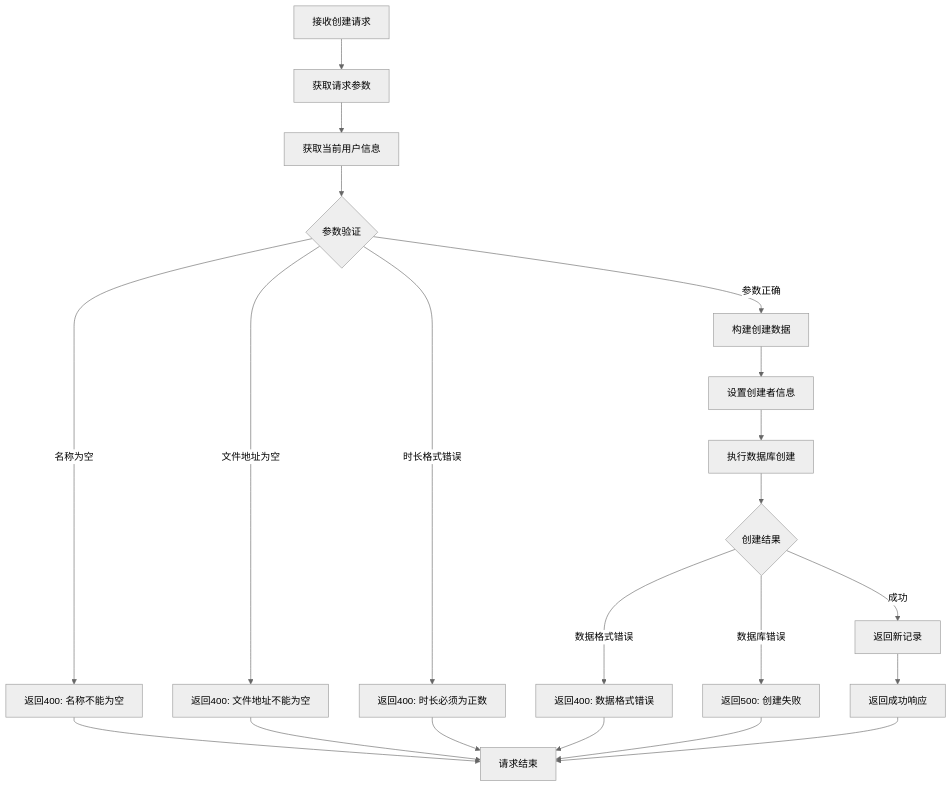
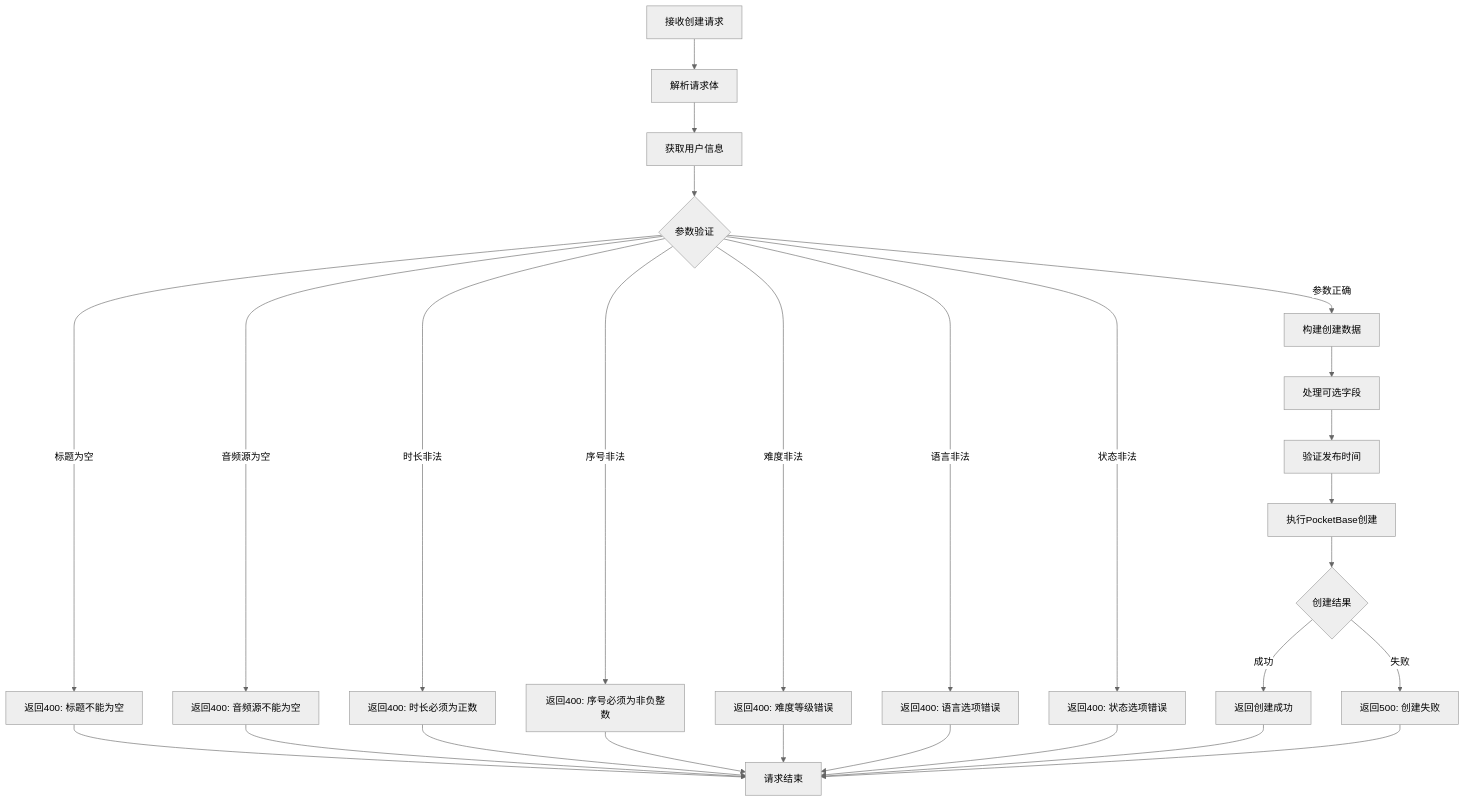
Before and after one commit to imatrixme/ikanyue: the diagram in ikanyue.mapi.hono/src/routes/audioMaterial/create.js.md, drawn with Mermaid (neutral theme). The commit also changed other lines of this file and 8 other files, not shown here.

````diff
--- a/ikanyue.mapi.hono/src/routes/audioMaterial/create.js.md
+++ b/ikanyue.mapi.hono/src/routes/audioMaterial/create.js.md
@@ -9,23 +9,29 @@
 ```mermaid
 flowchart TD
-    A[接收创建请求] --> B[获取请求参数]
-    B --> C[获取当前用户信息]
+    A[接收创建请求] --> B[解析请求体]
+    B --> C[获取用户信息]
     C --> D{参数验证}
-    D -->|名称为空| E[返回400: 名称不能为空]
-    D -->|文件地址为空| F[返回400: 文件地址不能为空]
-    D -->|时长格式错误| G[返回400: 时长必须为正数]
-    D -->|参数正确| H[构建创建数据]
-    H --> I[设置创建者信息]
-    I --> J[执行数据库创建]
-    J --> K{创建结果}
-    K -->|成功| L[返回新记录]
-    K -->|数据格式错误| M[返回400: 数据格式错误]
-    K -->|数据库错误| N[返回500: 创建失败]
-    E --> O[请求结束]
-    F --> O
-    G --> O
-    M --> O
-    N --> O
-    L --> P[返回成功响应]
-    P --> O
+    D -->|标题为空| E[返回400: 标题不能为空]
+    D -->|音频源为空| F[返回400: 音频源不能为空]
+    D -->|时长非法| G[返回400: 时长必须为正数]
+    D -->|序号非法| H[返回400: 序号必须为非负整数]
+    D -->|难度非法| I[返回400: 难度等级错误]
+    D -->|语言非法| J[返回400: 语言选项错误]
+    D -->|状态非法| K[返回400: 状态选项错误]
+    D -->|参数正确| L[构建创建数据]
+    L --> M[处理可选字段]
+    M --> N[验证发布时间]
+    N --> O[执行PocketBase创建]
+    O --> P{创建结果}
+    P -->|成功| Q[返回创建成功]
+    P -->|失败| R[返回500: 创建失败]
+    E --> S[请求结束]
+    F --> S
+    G --> S
+    H --> S
+    I --> S
+    J --> S
+    K --> S
+    Q --> S
+    R --> S
 ```
````
